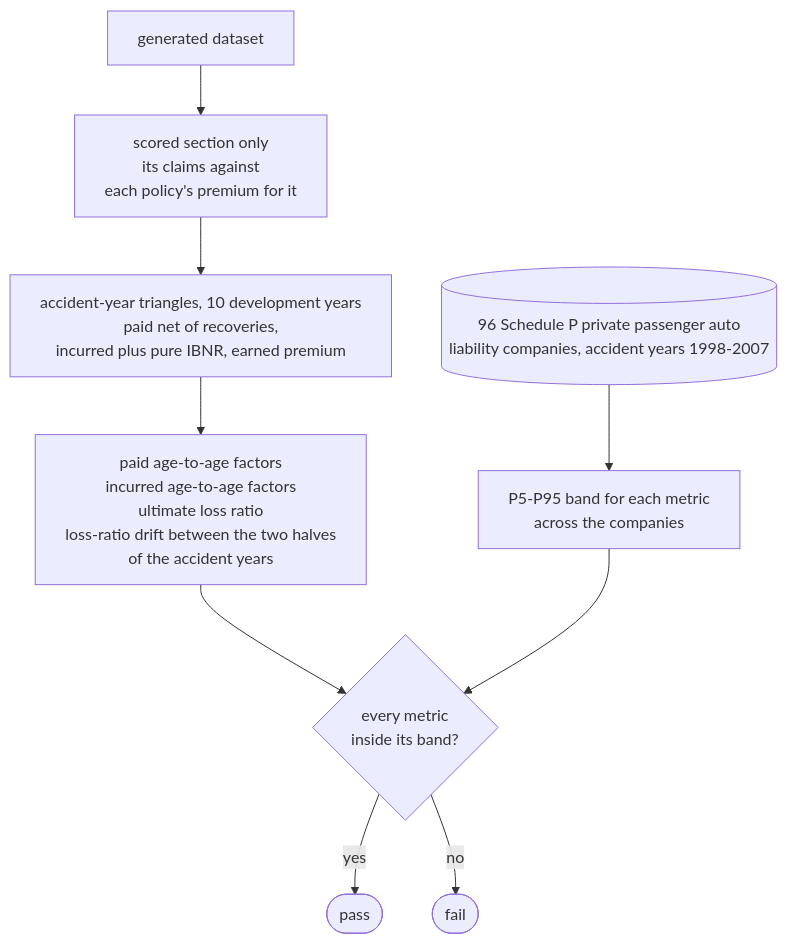
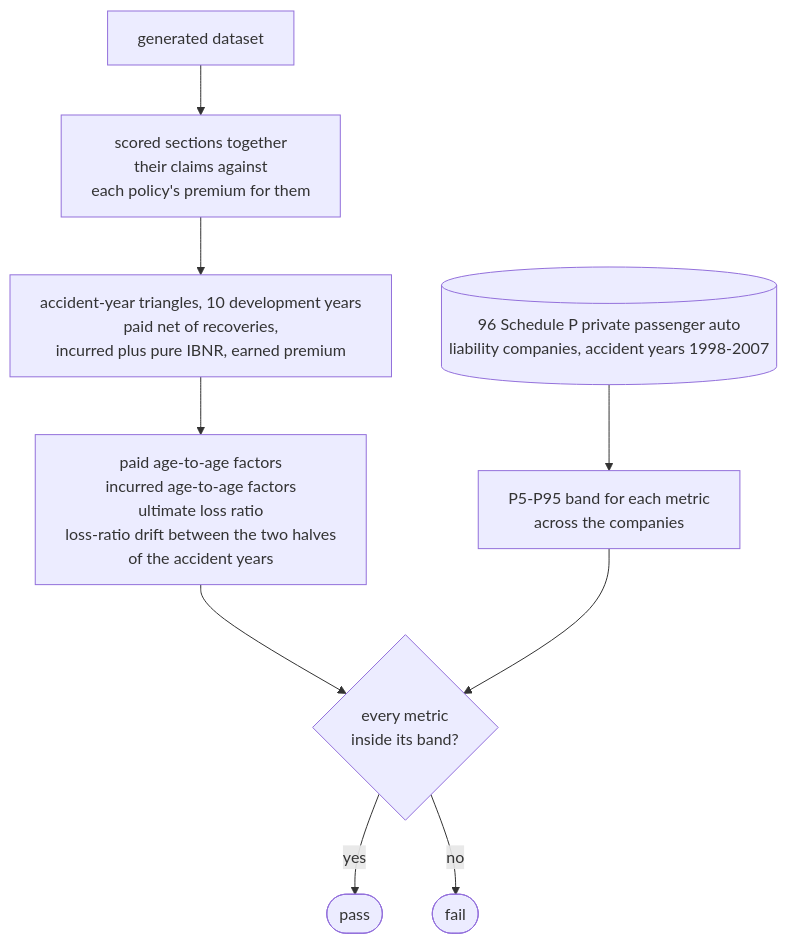
Before and after one commit to le-marais/claims-data-generator: the tenth of 10 diagrams in README.md, drawn with Mermaid. The commit also changed other lines of this file and 36 other files, not shown here.

First line of the commit message:
Split third-party cover into property damage and injury, scored together against Schedule P Part 1B (#29)

````diff
--- a/README.md
+++ b/README.md
@@ -380,17 +384,17 @@
 ```mermaid
 %%{init: {"flowchart": {"wrappingWidth": 480}}}%%
 flowchart TD
     dataset["generated dataset"]
-    section["scored section only<br/>its claims against<br/>each policy's premium for it"]
+    section["scored sections together<br/>their claims against<br/>each policy's premium for them"]
     triangles["accident-year triangles, 10 development years<br/>paid net of recoveries,<br/>incurred plus pure IBNR, earned premium"]
     metrics["paid age-to-age factors<br/>incurred age-to-age factors<br/>ultimate loss ratio<br/>loss-ratio drift between the two halves<br/>of the accident years"]
     references[("96 Schedule P private passenger auto<br/>liability companies, accident years 1998-2007")]
     bands["P5-P95 band for each metric<br/>across the companies"]
     verdict{"every metric<br/>inside its band?"}
     pass(["pass"])
     fail(["fail"])
     dataset --> section --> triangles --> metrics --> verdict
     references --> bands --> verdict
     verdict -- "yes" --> pass
     verdict -- "no" --> fail
 ```
````
